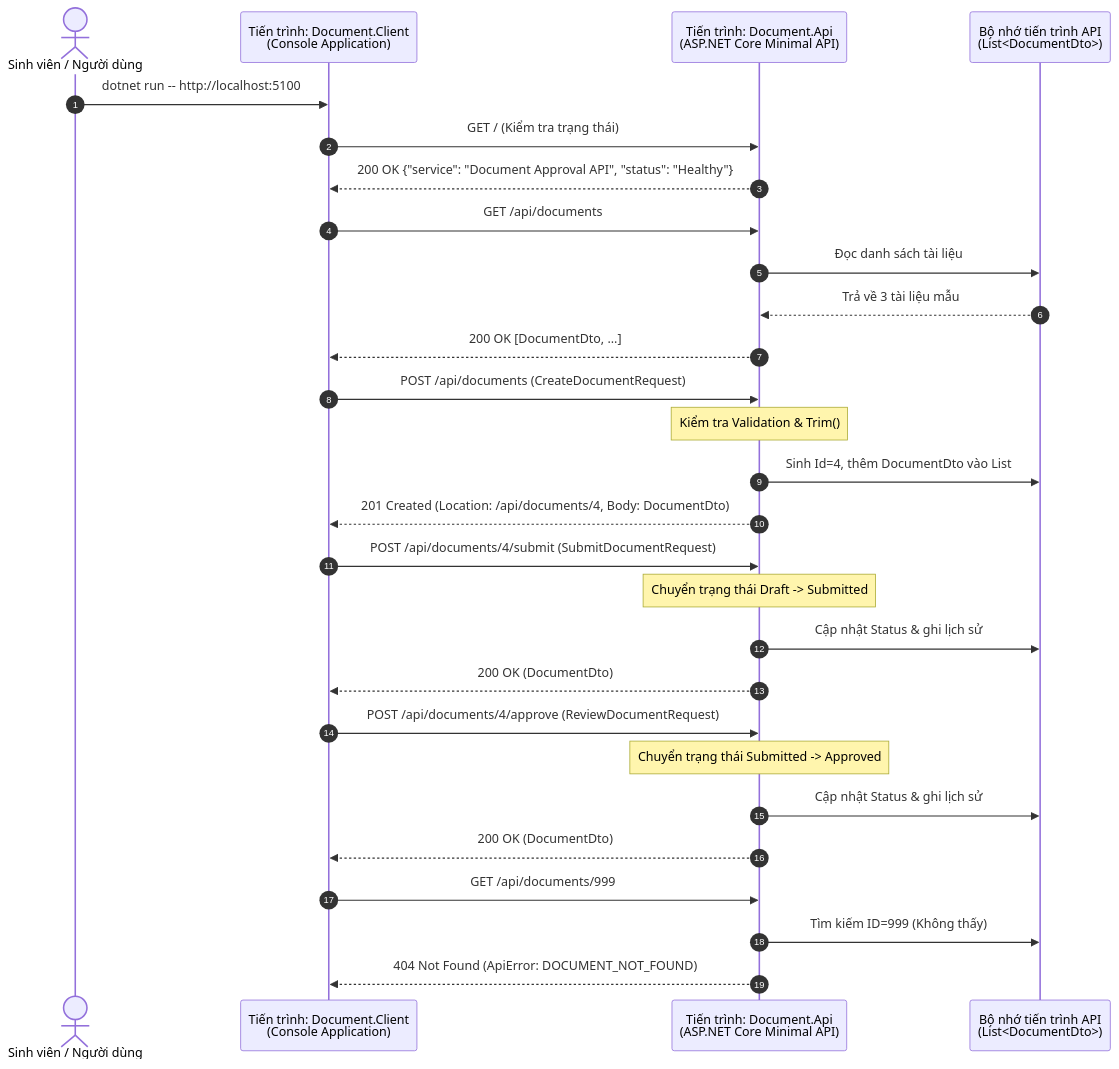
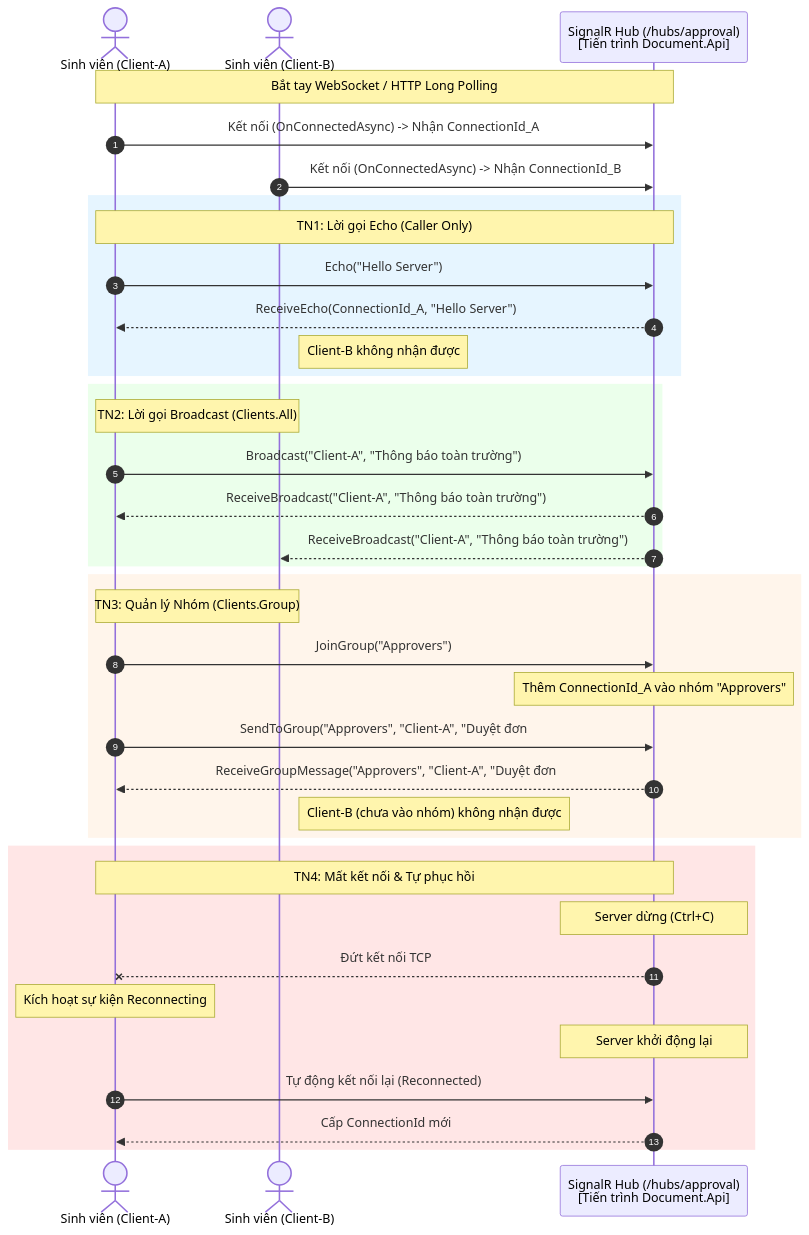
Before and after one commit to dtc245200232/He_thong_phe_duyet_tai_lieu-De12: the diagram in README.md, drawn with Mermaid. The commit also changed other lines of this file and 3 other files, not shown here.

Commit message:
feat: implement SignalR real-time approval hub, client with TN1-TN4, and complete lab 3.2 report

````diff
--- a/README.md
+++ b/README.md
@@ -84,36 +90,44 @@
 ```mermaid
 sequenceDiagram
     autonumber
-    actor User as Sinh viên / Người dùng
-    participant Client as Tiến trình: Document.Client<br>(Console Application)
-    participant API as Tiến trình: Document.Api<br>(ASP.NET Core Minimal API)
-    participant Memory as Bộ nhớ tiến trình API<br>(List<DocumentDto>)
+    actor UserA as Sinh viên (Client-A)
+    actor UserB as Sinh viên (Client-B)
+    participant Hub as SignalR Hub (/hubs/approval)<br>[Tiến trình Document.Api]
+    
+    Note over UserA,Hub: Bắt tay WebSocket / HTTP Long Polling
+    UserA->>Hub: Kết nối (OnConnectedAsync) -> Nhận ConnectionId_A
+    UserB->>Hub: Kết nối (OnConnectedAsync) -> Nhận ConnectionId_B
 
-    User->>Client: dotnet run -- http://localhost:5100
-    Client->>API: GET / (Kiểm tra trạng thái)
-    API-->>Client: 200 OK {"service": "Document Approval API", "status": "Healthy"}
+    rect rgb(230, 245, 255)
+    Note over UserA,Hub: TN1: Lời gọi Echo (Caller Only)
+    UserA->>Hub: Echo("Hello Server")
+    Hub-->>UserA: ReceiveEcho(ConnectionId_A, "Hello Server")
+    Note right of UserB: Client-B không nhận được
+    end
 
-    Client->>API: GET /api/documents
-    API->>Memory: Đọc danh sách tài liệu
-    Memory-->>API: Trả về 3 tài liệu mẫu
-    API-->>Client: 200 OK [DocumentDto, ...]
+    rect rgb(235, 255, 235)
+    Note over UserA,UserB: TN2: Lời gọi Broadcast (Clients.All)
+    UserA->>Hub: Broadcast("Client-A", "Thông báo toàn trường")
+    Hub-->>UserA: ReceiveBroadcast("Client-A", "Thông báo toàn trường")
+    Hub-->>UserB: ReceiveBroadcast("Client-A", "Thông báo toàn trường")
+    end
 
-    Client->>API: POST /api/documents (CreateDocumentRequest)
-    Note over API: Kiểm tra Validation & Trim()
-    API->>Memory: Sinh Id=4, thêm DocumentDto vào List
-    API-->>Client: 201 Created (Location: /api/documents/4, Body: DocumentDto)
+    rect rgb(255, 245, 235)
+    Note over UserA,UserB: TN3: Quản lý Nhóm (Clients.Group)
+    UserA->>Hub: JoinGroup("Approvers")
+    Note over Hub: Thêm ConnectionId_A vào nhóm "Approvers"
+    UserA->>Hub: SendToGroup("Approvers", "Client-A", "Duyệt đơn #1")
+    Hub-->>UserA: ReceiveGroupMessage("Approvers", "Client-A", "Duyệt đơn #1")
+    Note right of UserB: Client-B (chưa vào nhóm) không nhận được
+    end
 
-    Client->>API: POST /api/documents/4/submit (SubmitDocumentRequest)
-    Note over API: Chuyển trạng thái Draft -> Submitted
-    API->>Memory: Cập nhật Status & ghi lịch sử
-    API-->>Client: 200 OK (DocumentDto)
-
-    Client->>API: POST /api/documents/4/approve (ReviewDocumentRequest)
-    Note over API: Chuyển trạng thái Submitted -> Approved
-    API->>Memory: Cập nhật Status & ghi lịch sử
-    API-->>Client: 200 OK (DocumentDto)
-
-    Client->>API: GET /api/documents/999
-    API->>Memory: Tìm kiếm ID=999 (Không thấy)
-    API-->>Client: 404 Not Found (ApiError: DOCUMENT_NOT_FOUND)
+    rect rgb(255, 230, 230)
+    Note over UserA,Hub: TN4: Mất kết nối & Tự phục hồi
+    Note over Hub: Server dừng (Ctrl+C)
+    Hub--xUserA: Đứt kết nối TCP
+    Note over UserA: Kích hoạt sự kiện Reconnecting
+    Note over Hub: Server khởi động lại
+    UserA->>Hub: Tự động kết nối lại (Reconnected)
+    Hub-->>UserA: Cấp ConnectionId mới
+    end
 ```
````
